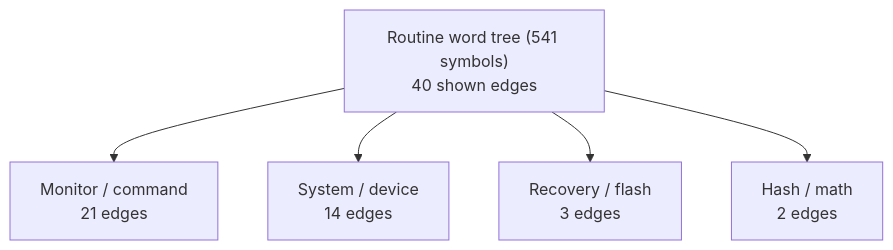
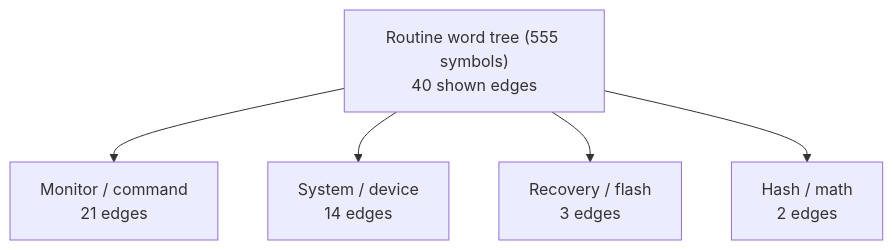
Before and after one commit to 95westus/R-YORS: the first of 7 diagrams in DOC/GENERATED/ROUTINE_WORD_TREE.md, drawn with Mermaid. The commit also changed other lines of this file and 45 other files, not shown here.

````diff
--- a/DOC/GENERATED/ROUTINE_WORD_TREE.md
+++ b/DOC/GENERATED/ROUTINE_WORD_TREE.md
@@ -16,7 +16,7 @@
 ```mermaid
 flowchart TD
-    MAP_ROOT_ROUTINE_WORD_TREE__541_SYMBOLS_["Routine word tree (541 symbols)<br/>40 shown edges"] --> MAP_FAMILY_MONITOR___COMMAND["Monitor / command<br/>21 edges"]
-    MAP_ROOT_ROUTINE_WORD_TREE__541_SYMBOLS_["Routine word tree (541 symbols)<br/>40 shown edges"] --> MAP_FAMILY_SYSTEM___DEVICE["System / device<br/>14 edges"]
-    MAP_ROOT_ROUTINE_WORD_TREE__541_SYMBOLS_["Routine word tree (541 symbols)<br/>40 shown edges"] --> MAP_FAMILY_RECOVERY___FLASH["Recovery / flash<br/>3 edges"]
-    MAP_ROOT_ROUTINE_WORD_TREE__541_SYMBOLS_["Routine word tree (541 symbols)<br/>40 shown edges"] --> MAP_FAMILY_HASH___MATH["Hash / math<br/>2 edges"]
+    MAP_ROOT_ROUTINE_WORD_TREE__555_SYMBOLS_["Routine word tree (555 symbols)<br/>40 shown edges"] --> MAP_FAMILY_MONITOR___COMMAND["Monitor / command<br/>21 edges"]
+    MAP_ROOT_ROUTINE_WORD_TREE__555_SYMBOLS_["Routine word tree (555 symbols)<br/>40 shown edges"] --> MAP_FAMILY_SYSTEM___DEVICE["System / device<br/>14 edges"]
+    MAP_ROOT_ROUTINE_WORD_TREE__555_SYMBOLS_["Routine word tree (555 symbols)<br/>40 shown edges"] --> MAP_FAMILY_RECOVERY___FLASH["Recovery / flash<br/>3 edges"]
+    MAP_ROOT_ROUTINE_WORD_TREE__555_SYMBOLS_["Routine word tree (555 symbols)<br/>40 shown edges"] --> MAP_FAMILY_HASH___MATH["Hash / math<br/>2 edges"]
 ```
````
